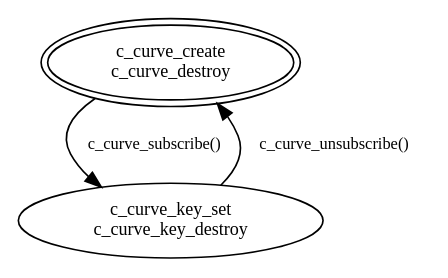
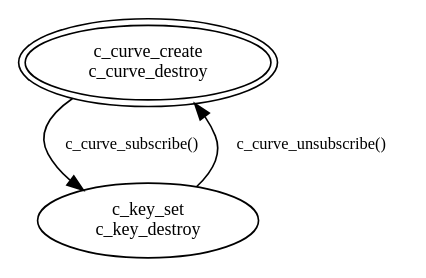
The diagram in media/subscription/subscription-c.dot (versenaut/verse-spec), drawn with Graphviz before and after one commit. The commit also changed 3 other files, not shown here.

```diff
--- a/media/subscription/subscription-c.dot
+++ b/media/subscription/subscription-c.dot
@@ -1,15 +1,15 @@
 /*
 ** Curve subscription graph.
 */
 
 digraph subscription {
 	node [label="\N", shape="ellipse", fontsize="11"];
 	edge [fontsize="10"];
 
 	curve -> acurve [label="c_curve_subscribe()"];
 	acurve -> curve [label="c_curve_unsubscribe()"];
 
-	acurve [label="c_curve_key_set\nc_curve_key_destroy"];
+	acurve [label="c_key_set\nc_key_destroy"];
 
 	curve [peripheries="2", label="c_curve_create\nc_curve_destroy"];
 }
```
